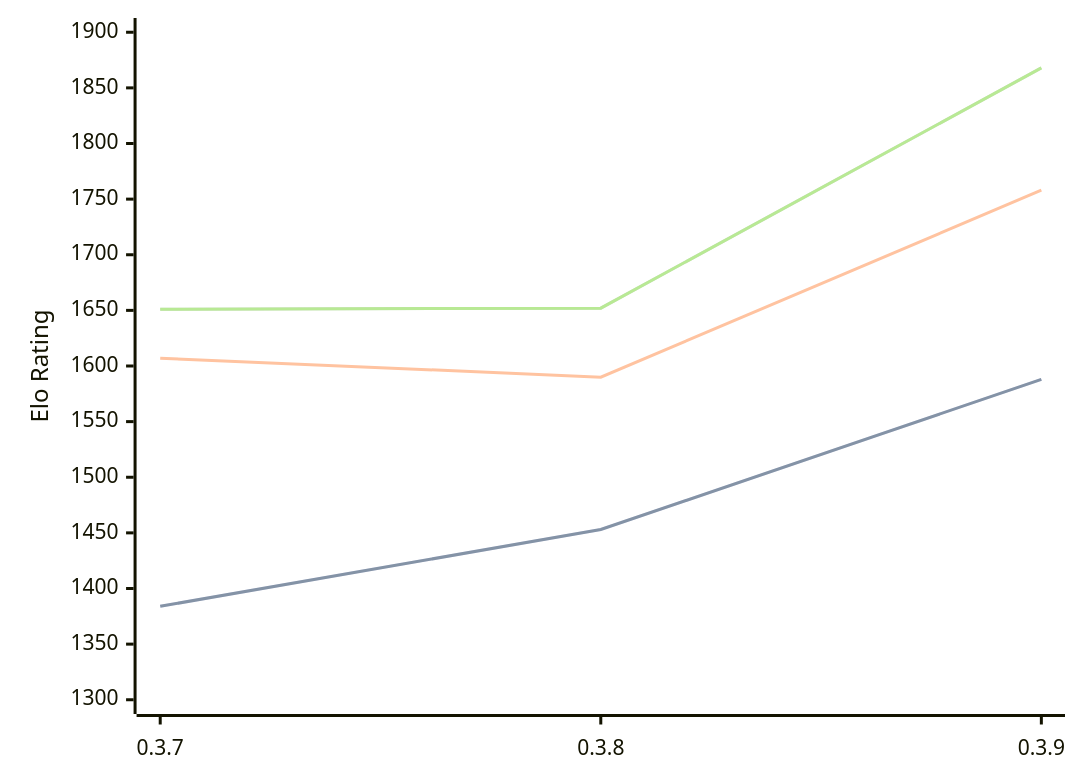
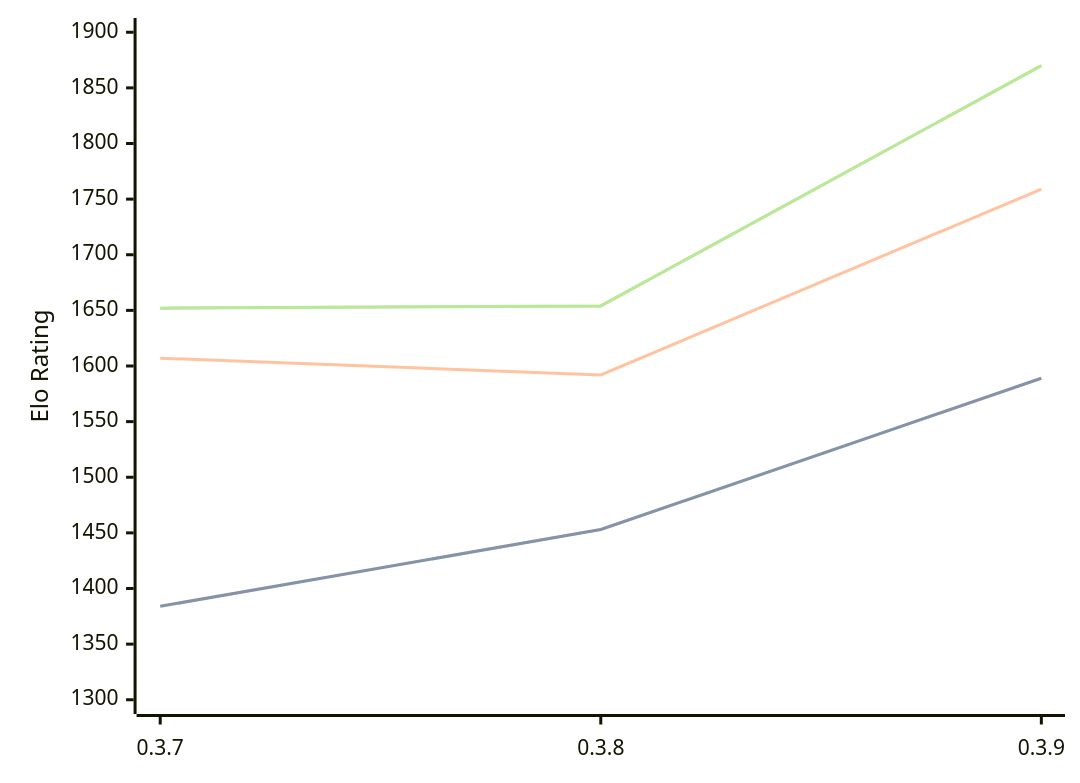
Before and after one commit to computer-chess-index/cci: the diagram in engines/Arche.md, drawn with Mermaid. The commit also changed other lines of this file, not shown here.

Commit message:
Update CCI Ratings (ELO VLTC) - 2026-08-21

````diff
--- a/engines/Arche.md
+++ b/engines/Arche.md
@@ -33,11 +33,11 @@
 ```mermaid
 %%{init: {"theme":"base","themeVariables":{"seriesColors:['#a3a3a3','#222221','#faa371']}}}%%
 xychart-beta
   x-axis ["0.3.7", "0.3.8", "0.3.9"]
   y-axis "Elo Rating" 1300 --> 1900
-  line "STC (8.0+0.08s)" [1384, 1453, 1588]
-  line "STC (8.0+0.08s)" [1384, 1453, 1588]
-  line "LTC (60.0+0.60s)" [1607, 1590, 1758]
-  line "VLTC (2m24s+1.12s)" [1651, 1652, 1868]
-  line "VLTC (2m24s+1.12s)" [1651, 1652, 1868]
+  line "STC (8.0+0.08s)" [1384, 1453, 1589]
+  line "STC (8.0+0.08s)" [1384, 1453, 1589]
+  line "LTC (60.0+0.60s)" [1607, 1592, 1759]
+  line "VLTC (2m24s+1.12s)" [1652, 1654, 1870]
+  line "VLTC (2m24s+1.12s)" [1652, 1654, 1870]
 ```
````
